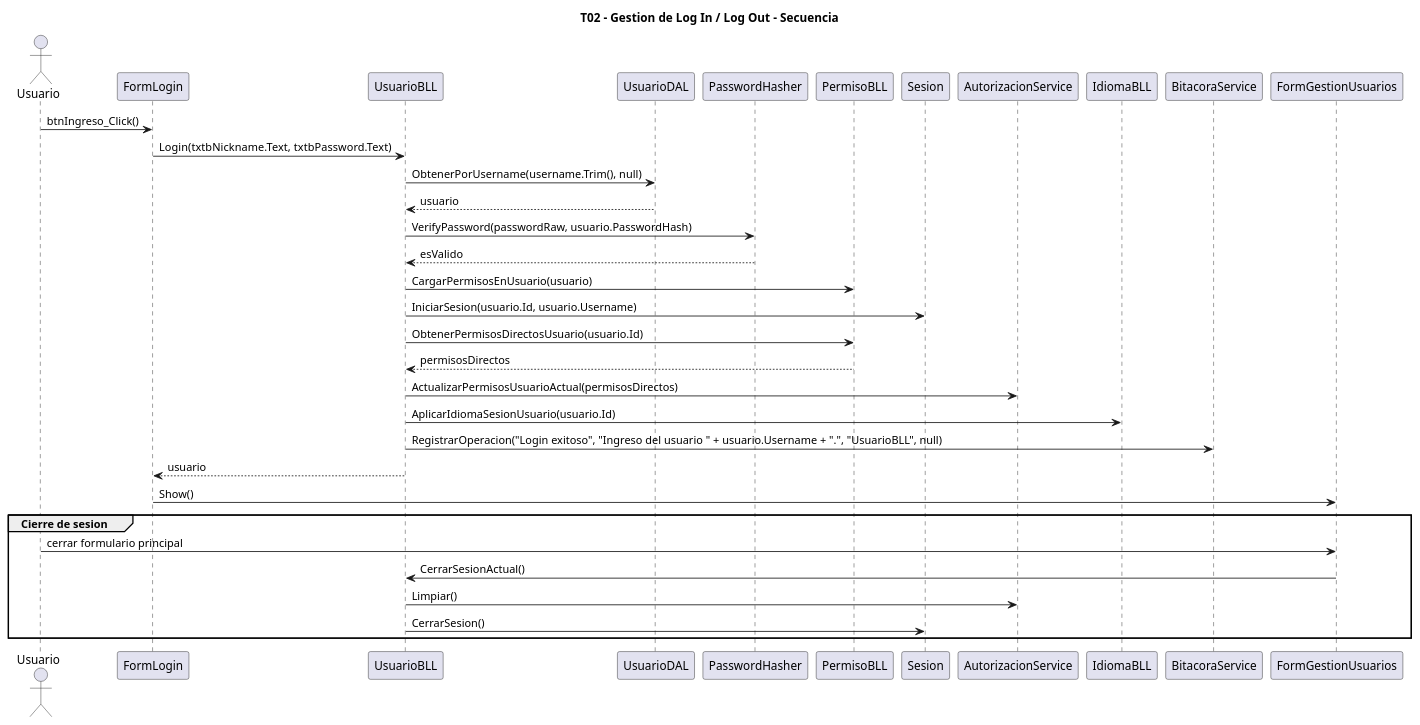
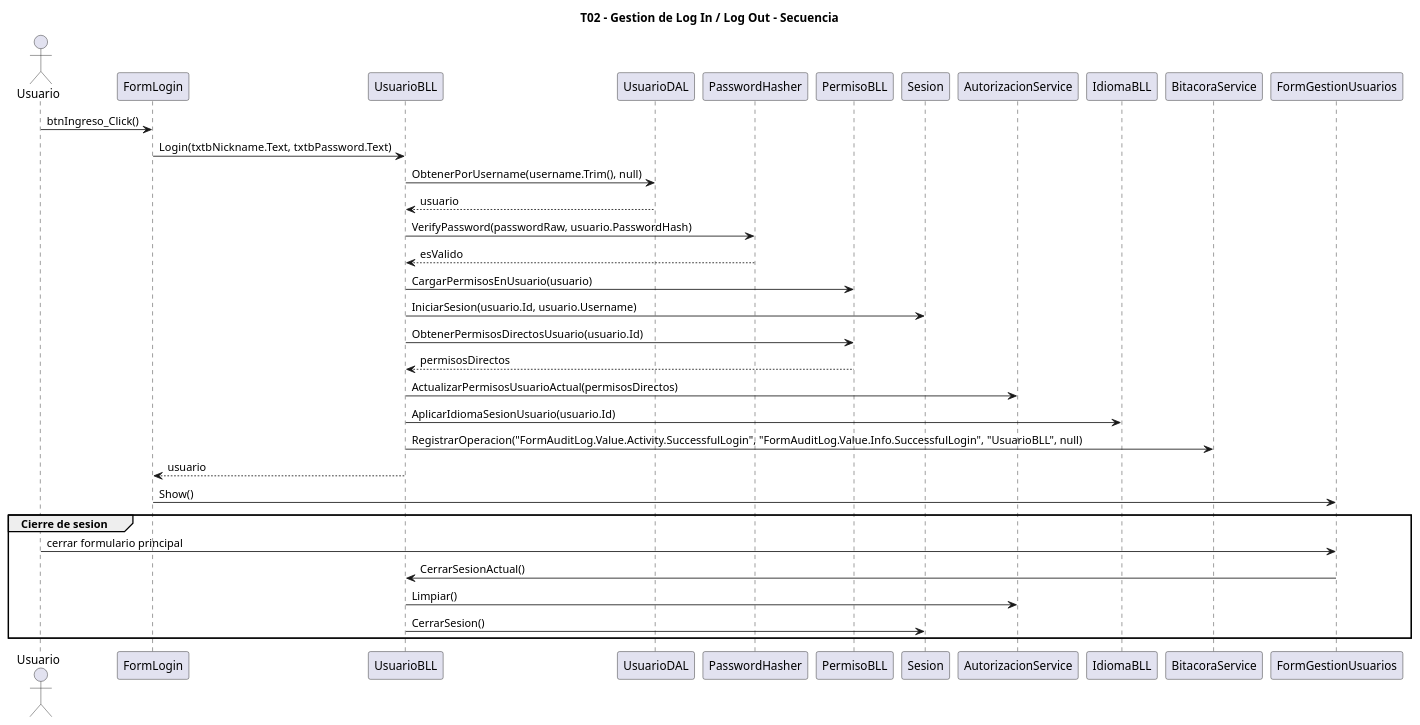
One commit to aggutierrez98/TP-TD changed the diagram in diagramas/T02-login-logout/T02-login-logout-secuencia.puml. Above: the diagram before and after it, drawn with PlantUML. The commit also changed 19 other files, not shown here.

Commit message:
Actualizar diagramas

```diff
--- a/diagramas/T02-login-logout/T02-login-logout-secuencia.puml
+++ b/diagramas/T02-login-logout/T02-login-logout-secuencia.puml
@@ -1,39 +1,39 @@
 @startuml
 title T02 - Gestion de Log In / Log Out - Secuencia
 
 actor Usuario
 participant "FormLogin" as FormLogin
 participant "UsuarioBLL" as UsuarioBLL
 participant "UsuarioDAL" as UsuarioDAL
 participant "PasswordHasher" as PasswordHasher
 participant "PermisoBLL" as PermisoBLL
 participant "Sesion" as Sesion
 participant "AutorizacionService" as AutorizacionService
 participant "IdiomaBLL" as IdiomaBLL
 participant "BitacoraService" as BitacoraService
 participant "FormGestionUsuarios" as FormGestionUsuarios
 
 Usuario -> FormLogin : btnIngreso_Click()
 FormLogin -> UsuarioBLL : Login(txtbNickname.Text, txtbPassword.Text)
 UsuarioBLL -> UsuarioDAL : ObtenerPorUsername(username.Trim(), null)
 UsuarioDAL --> UsuarioBLL : usuario
 UsuarioBLL -> PasswordHasher : VerifyPassword(passwordRaw, usuario.PasswordHash)
 PasswordHasher --> UsuarioBLL : esValido
 UsuarioBLL -> PermisoBLL : CargarPermisosEnUsuario(usuario)
 UsuarioBLL -> Sesion : IniciarSesion(usuario.Id, usuario.Username)
 UsuarioBLL -> PermisoBLL : ObtenerPermisosDirectosUsuario(usuario.Id)
 PermisoBLL --> UsuarioBLL : permisosDirectos
 UsuarioBLL -> AutorizacionService : ActualizarPermisosUsuarioActual(permisosDirectos)
 UsuarioBLL -> IdiomaBLL : AplicarIdiomaSesionUsuario(usuario.Id)
-UsuarioBLL -> BitacoraService : RegistrarOperacion("Login exitoso", "Ingreso del usuario " + usuario.Username + ".", "UsuarioBLL", null)
+UsuarioBLL -> BitacoraService : RegistrarOperacion("FormAuditLog.Value.Activity.SuccessfulLogin", "FormAuditLog.Value.Info.SuccessfulLogin", "UsuarioBLL", null)
 UsuarioBLL --> FormLogin : usuario
 FormLogin -> FormGestionUsuarios : Show()
 
 group Cierre de sesion
   Usuario -> FormGestionUsuarios : cerrar formulario principal
   FormGestionUsuarios -> UsuarioBLL : CerrarSesionActual()
   UsuarioBLL -> AutorizacionService : Limpiar()
   UsuarioBLL -> Sesion : CerrarSesion()
 end
 
 @enduml
```
